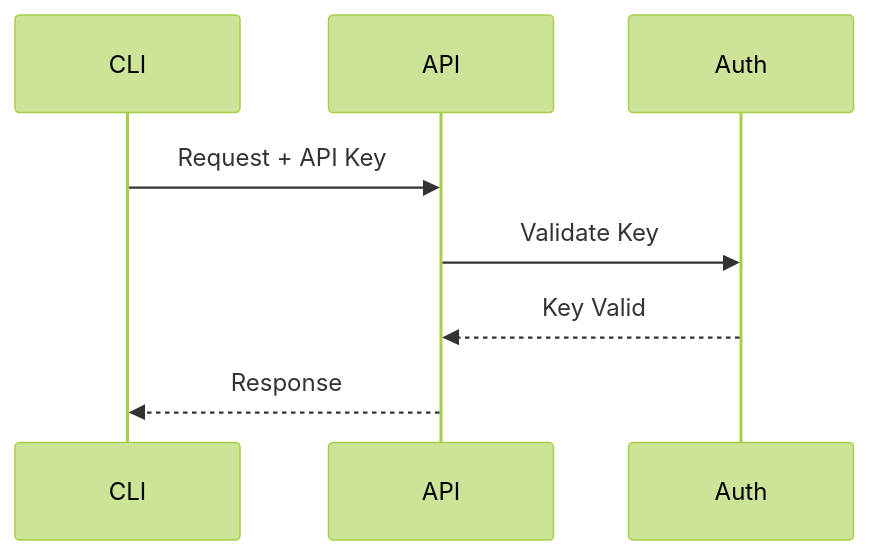
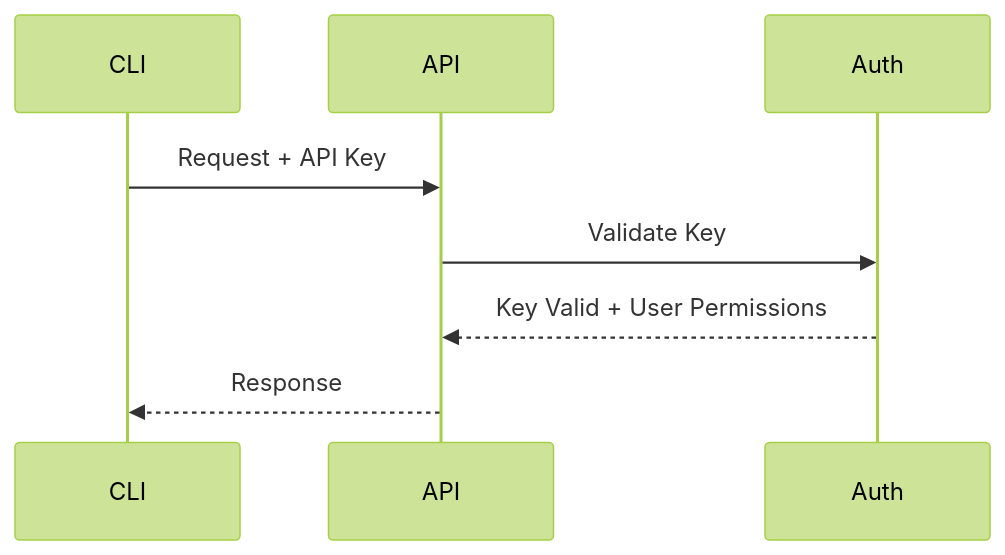
The sixth of 6 diagrams in docs/api/overview.md (unclesp1d3r/CipherSwarm), drawn with Mermaid (forest theme) before and after one commit. The commit also changed other lines of this file and 2 other files, not shown here.

First line of the commit message:
docs(api): update API documentation to reflect recent changes

````diff
--- a/docs/api/overview.md
+++ b/docs/api/overview.md
@@ -173,11 +200,11 @@
 ```mermaid
 sequenceDiagram
     participant CLI
     participant API
     participant Auth
 
     CLI->>API: Request + API Key
     API->>Auth: Validate Key
-    Auth-->>API: Key Valid
+    Auth-->>API: Key Valid + User Permissions
     API-->>CLI: Response
 ```
````
